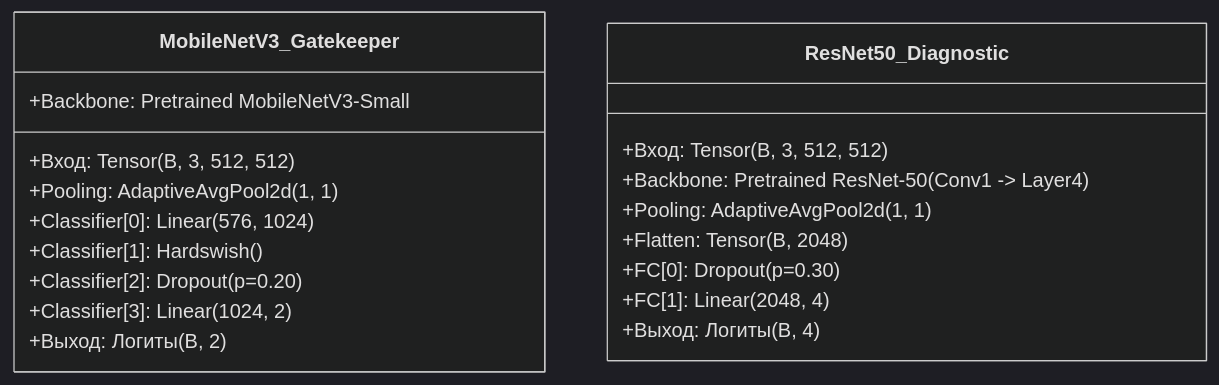
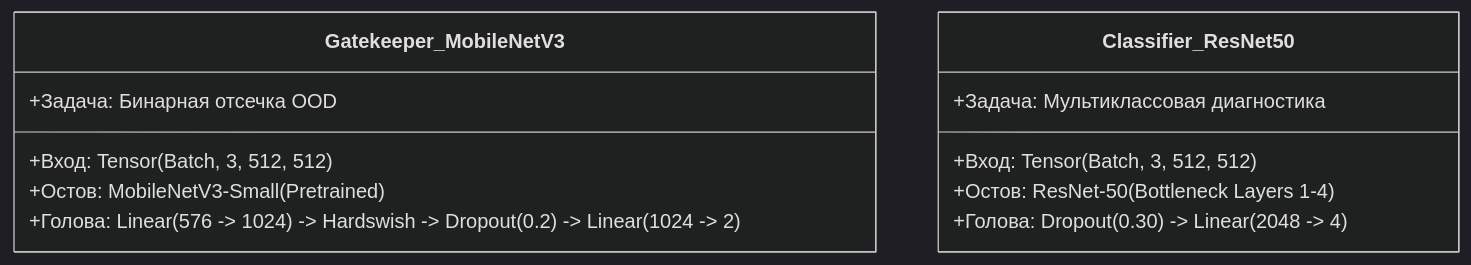
One commit to marklemesev-spec/mri-brain-tumors changed the fifth of 7 diagrams in README.md. Above: the diagram before and after it, drawn with Mermaid (dark theme). The commit also changed other lines of this file, not shown here.

````diff
--- a/README.md
+++ b/README.md
@@ -208,23 +201,16 @@
 ```mermaid
 classDiagram
-    class MobileNetV3_Gatekeeper {
-        +Вход: Tensor (B, 3, 512, 512)
-        +Backbone: Pretrained MobileNetV3-Small
-        +Pooling: AdaptiveAvgPool2d(1, 1)
-        +Classifier[0]: Linear(576, 1024)
-        +Classifier[1]: Hardswish()
-        +Classifier[2]: Dropout(p=0.20)
-        +Classifier[3]: Linear(1024, 2)
-        +Выход: Логиты (B, 2)
+    class Gatekeeper_MobileNetV3 {
+        +Вход: Tensor (Batch, 3, 512, 512)
+        +Остов: MobileNetV3-Small (Pretrained)
+        +Голова: Linear(576 -> 1024) -> Hardswish -> Dropout(0.2) -> Linear(1024 -> 2)
+        +Задача: Бинарная отсечка OOD
     }
 
-    class ResNet50_Diagnostic {
-        +Вход: Tensor (B, 3, 512, 512)
-        +Backbone: Pretrained ResNet-50 (Conv1 -> Layer4)
-        +Pooling: AdaptiveAvgPool2d(1, 1)
-        +Flatten: Tensor (B, 2048)
-        +FC[0]: Dropout(p=0.30)
-        +FC[1]: Linear(2048, 4)
-        +Выход: Логиты (B, 4)
+    class Classifier_ResNet50 {
+        +Вход: Tensor (Batch, 3, 512, 512)
+        +Остов: ResNet-50 (Bottleneck Layers 1-4)
+        +Голова: Dropout(0.30) -> Linear(2048 -> 4)
+        +Задача: Мультиклассовая диагностика
     }
 ```
````
